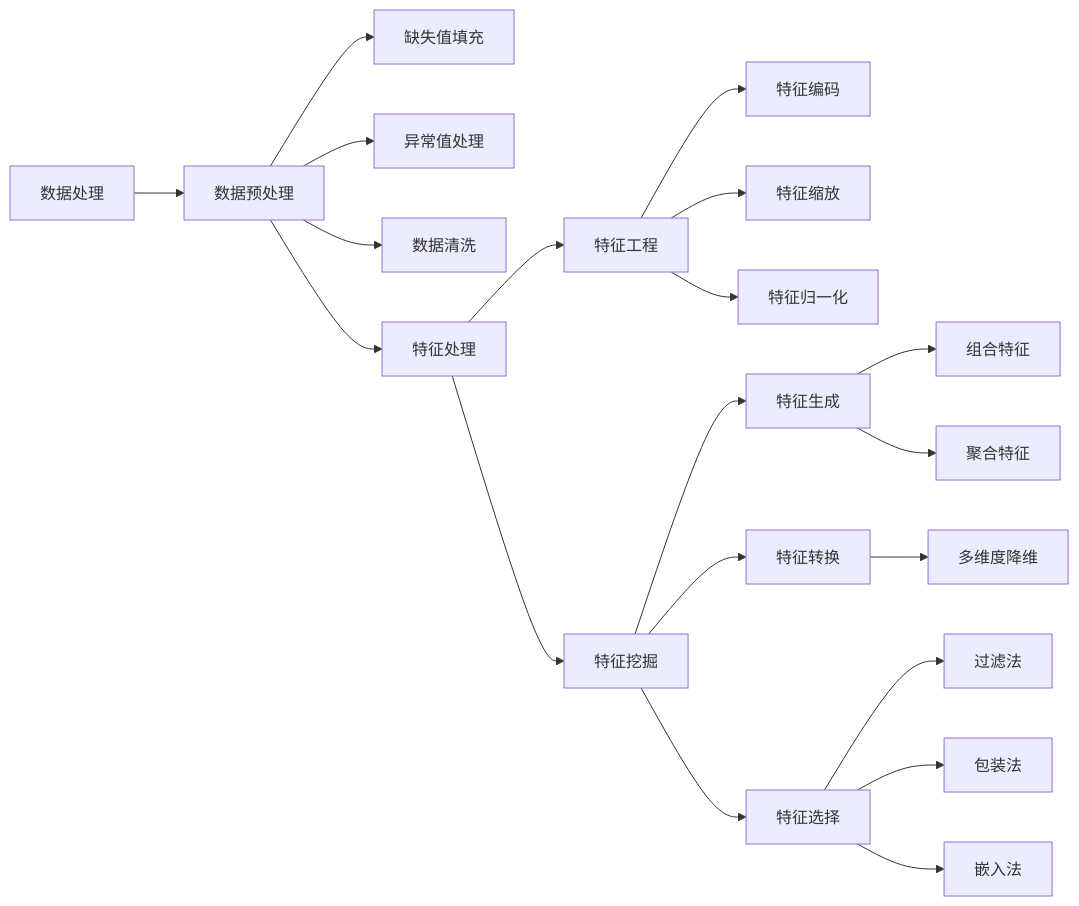
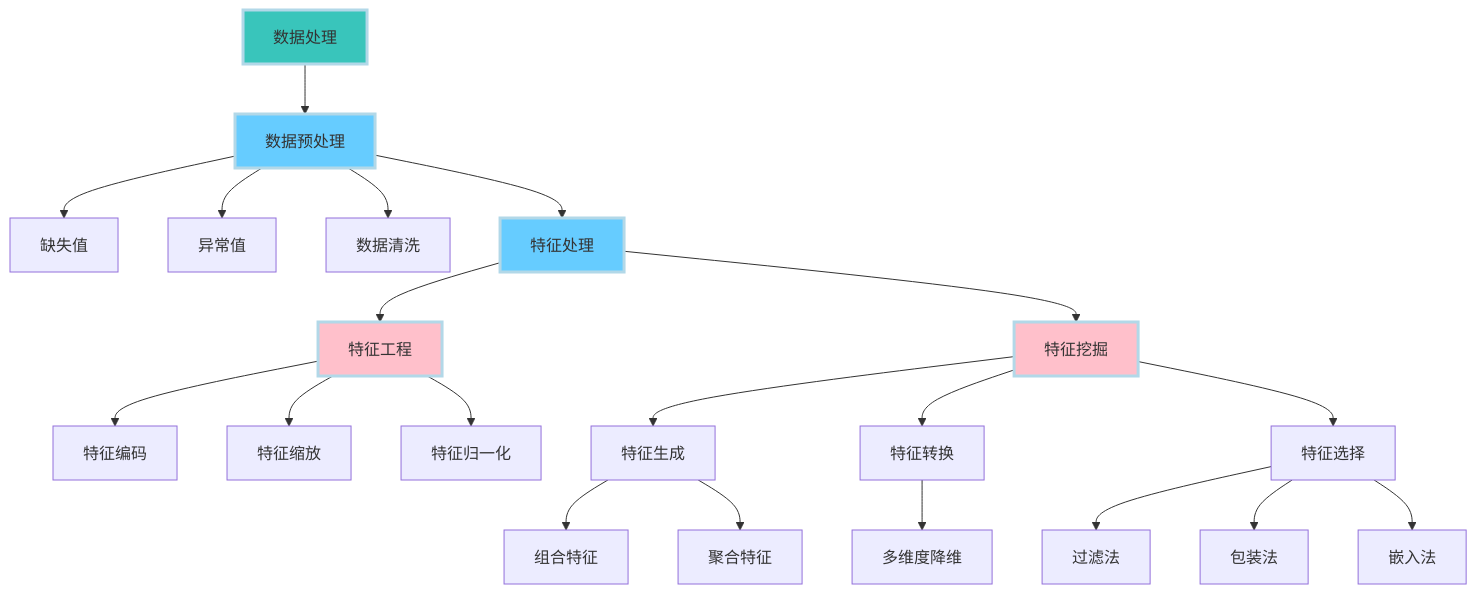
One commit to virtualxiaoman/MLDLRL changed the diagram in 机器学习.md. Above: the diagram before and after it, drawn with Mermaid. The commit also changed other lines of this file and 3 other files, not shown here.

````diff
--- a/机器学习.md
+++ b/机器学习.md
@@ -30,25 +34,31 @@
 ```mermaid
-graph LR
+graph TD
+    style A fill:#39C5BB,stroke:#B2D8E8,stroke-width:3px
+    style A1 fill:#66CCFF,stroke:#B2D8E8,stroke-width:3px
+
     A[数据处理] --> A1[数据预处理]
-    A1 --> A1_1[缺失值填充]
-    A1 --> A1_2[异常值处理]
+    A1 --> A1_1[缺失值]
+    A1 --> A1_2[异常值]
     A1 --> A1_3[数据清洗]
     A1 --> B[特征处理]
     
+    style B fill:#66CCFF,stroke:#B2D8E8,stroke-width:3px
+    style B1 fill:#FFC0CB,stroke:#B2D8E8,stroke-width:3px
     B --> B1[特征工程]
     B1 --> B1_1[特征编码]
     B1 --> B1_2[特征缩放]
     B1 --> B1_3[特征归一化]
     B --> C[特征挖掘]
     
+    style C fill:#FFC0CB,stroke:#B2D8E8,stroke-width:3px
     C --> C1[特征生成]
     C1 --> C1_1[组合特征]
     C1 --> C1_2[聚合特征]
     C --> C2[特征转换]
     C2 --> C2_1[多维度降维]
     C --> D[特征选择]
     
     D --> D1[过滤法]
     D --> D2[包装法]
     D --> D3[嵌入法]
 ```
````
